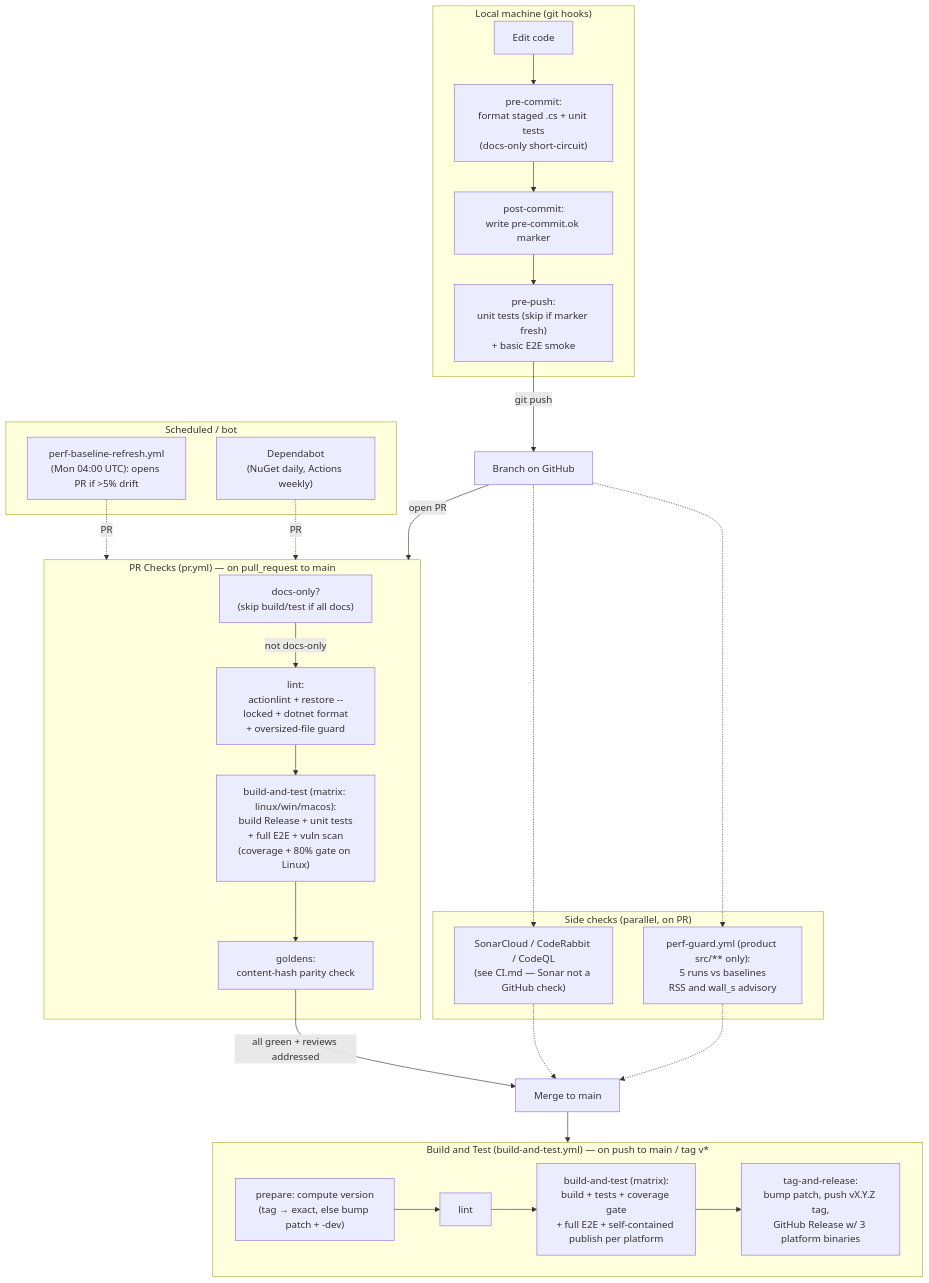
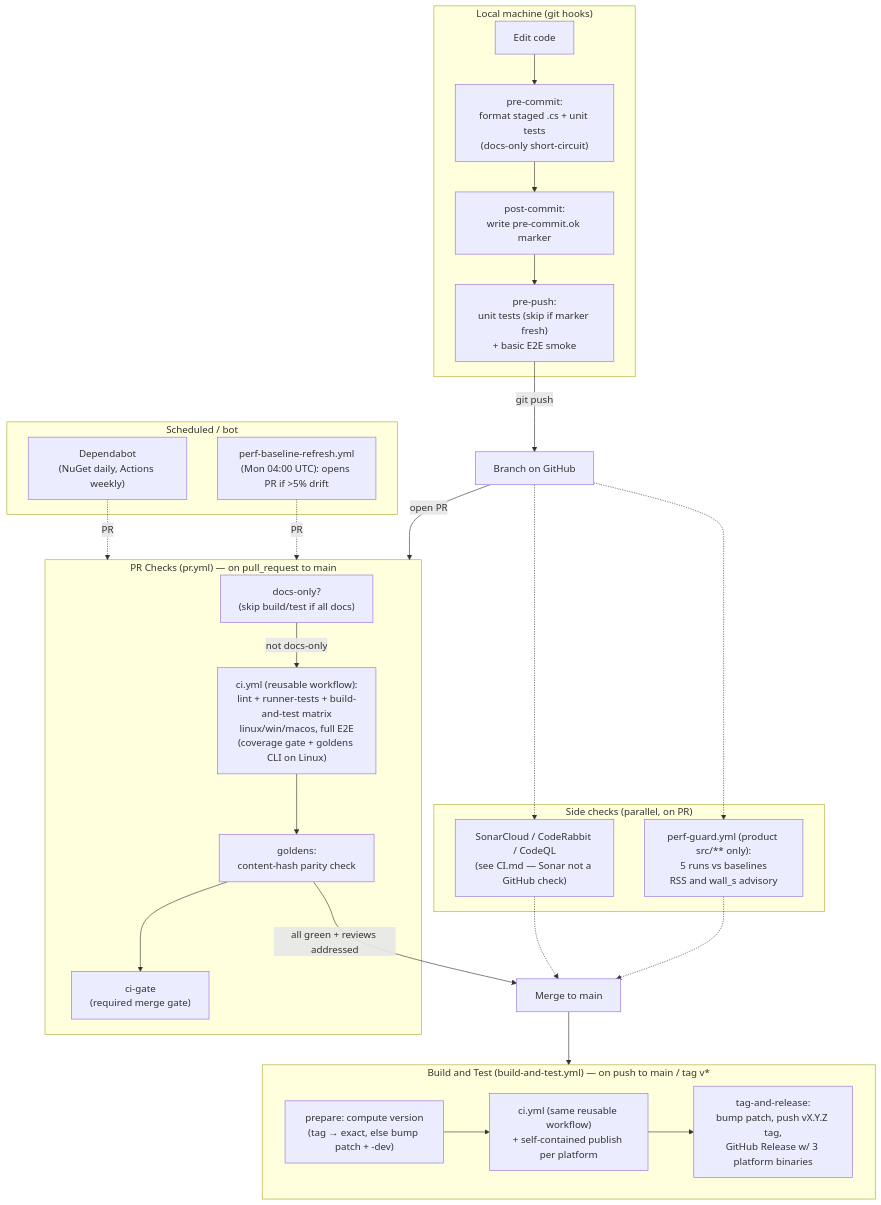
Before and after one commit to dwojtaszek/zipper: the diagram in docs/cicd.md, drawn with Mermaid. The commit also changed other lines of this file and 19 other files, not shown here.

First line of the commit message:
refactor(ci): share one job graph between PR and main CI via reusable workflow (#1177)

````diff
--- a/docs/cicd.md
+++ b/docs/cicd.md
@@ -9,49 +9,48 @@
 ```mermaid
 flowchart TD
     subgraph local["Local machine (git hooks)"]
         edit["Edit code"]
         precommit["pre-commit:<br/>format staged .cs + unit tests<br/>(docs-only short-circuit)"]
         postcommit["post-commit:<br/>write pre-commit.ok marker"]
         prepush["pre-push:<br/>unit tests (skip if marker fresh)<br/>+ basic E2E smoke"]
         edit --> precommit --> postcommit --> prepush
     end
 
     prepush -->|git push| remote["Branch on GitHub"]
     remote -->|open PR| prpipe
 
     subgraph prpipe["PR Checks (pr.yml) — on pull_request to main"]
         docsonly["docs-only?<br/>(skip build/test if all docs)"]
-        lint["lint:<br/>actionlint + restore --locked + dotnet format<br/>+ oversized-file guard"]
-        bt["build-and-test (matrix: linux/win/macos):<br/>build Release + unit tests<br/>+ full E2E + vuln scan<br/>(coverage + 80% gate on Linux)"]
+        shared["ci.yml (reusable workflow):<br/>lint + runner-tests + build-and-test matrix<br/>linux/win/macos, full E2E<br/>(coverage gate + goldens CLI on Linux)"]
         gold["goldens:<br/>content-hash parity check"]
-        docsonly -->|not docs-only| lint --> bt --> gold
+        gate["ci-gate<br/>(required merge gate)"]
+        docsonly -->|not docs-only| shared --> gold --> gate
     end
 
     subgraph side["Side checks (parallel, on PR)"]
         perf["perf-guard.yml (product src/** only):<br/>5 runs vs baselines<br/>RSS and wall_s advisory"]
         sonar["SonarCloud / CodeRabbit / CodeQL<br/>(see CI.md — Sonar not a GitHub check)"]
     end
     remote -.-> perf
     remote -.-> sonar
 
     gold -->|all green + reviews addressed| merge["Merge to main"]
     perf -.-> merge
     sonar -.-> merge
 
     merge --> btmain
 
     subgraph btmain["Build and Test (build-and-test.yml) — on push to main / tag v*"]
         prep["prepare: compute version<br/>(tag → exact, else bump patch + -dev)"]
-        lint2["lint"]
-        bt2["build-and-test (matrix):<br/>build + tests + coverage gate<br/>+ full E2E + self-contained publish per platform"]
+        sharedmain["ci.yml (same reusable workflow)<br/>+ self-contained publish per platform"]
         rel["tag-and-release:<br/>bump patch, push vX.Y.Z tag,<br/>GitHub Release w/ 3 platform binaries"]
-        prep --> lint2 --> bt2 --> rel
+        prep --> sharedmain --> rel
     end
 
     subgraph sched["Scheduled / bot"]
         baseline["perf-baseline-refresh.yml<br/>(Mon 04:00 UTC): opens PR if >5% drift"]
         dependabot["Dependabot<br/>(NuGet daily, Actions weekly)"]
     end
     baseline -.->|PR| prpipe
     dependabot -.->|PR| prpipe
 ```
````
